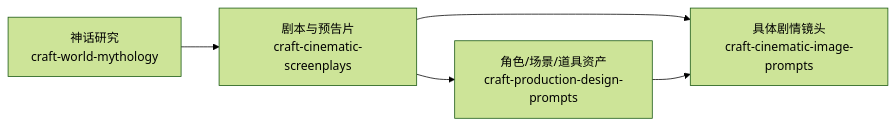
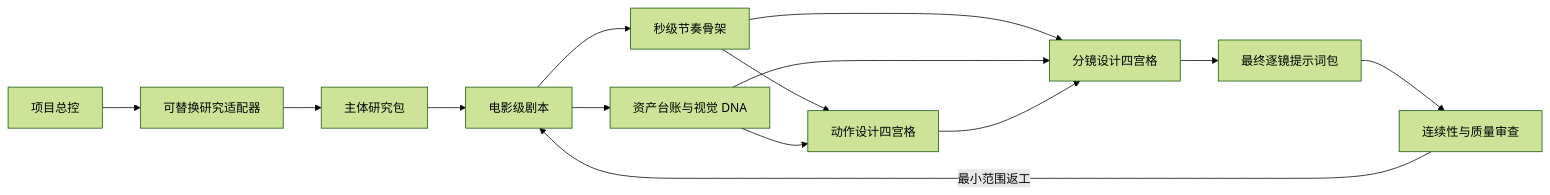
The diagram in README.md (yuetongyu/cinematic-ai-skills), drawn with Mermaid (forest theme) before and after one commit. The commit also changed other lines of this file and 40 other files, not shown here.

````diff
--- a/README.md
+++ b/README.md
@@ -18,7 +33,16 @@
 ```mermaid
 flowchart LR
-  A["神话研究<br/>craft-world-mythology"] --> B["剧本与预告片<br/>craft-cinematic-screenplays"]
-  B --> C["角色/场景/道具资产<br/>craft-production-design-prompts"]
-  B --> D["具体剧情镜头<br/>craft-cinematic-image-prompts"]
-  C --> D
+  A["项目总控"] --> B["可替换研究适配器"]
+  B --> C["主体研究包"]
+  C --> D["电影级剧本"]
+  D --> E["秒级节奏骨架"]
+  D --> F["资产台账与视觉 DNA"]
+  E --> G["动作设计四宫格"]
+  F --> G
+  E --> H["分镜设计四宫格"]
+  F --> H
+  G --> H
+  H --> I["最终逐镜提示词包"]
+  I --> J["连续性与质量审查"]
+  J -->|"最小范围返工"| D
 ```
````
